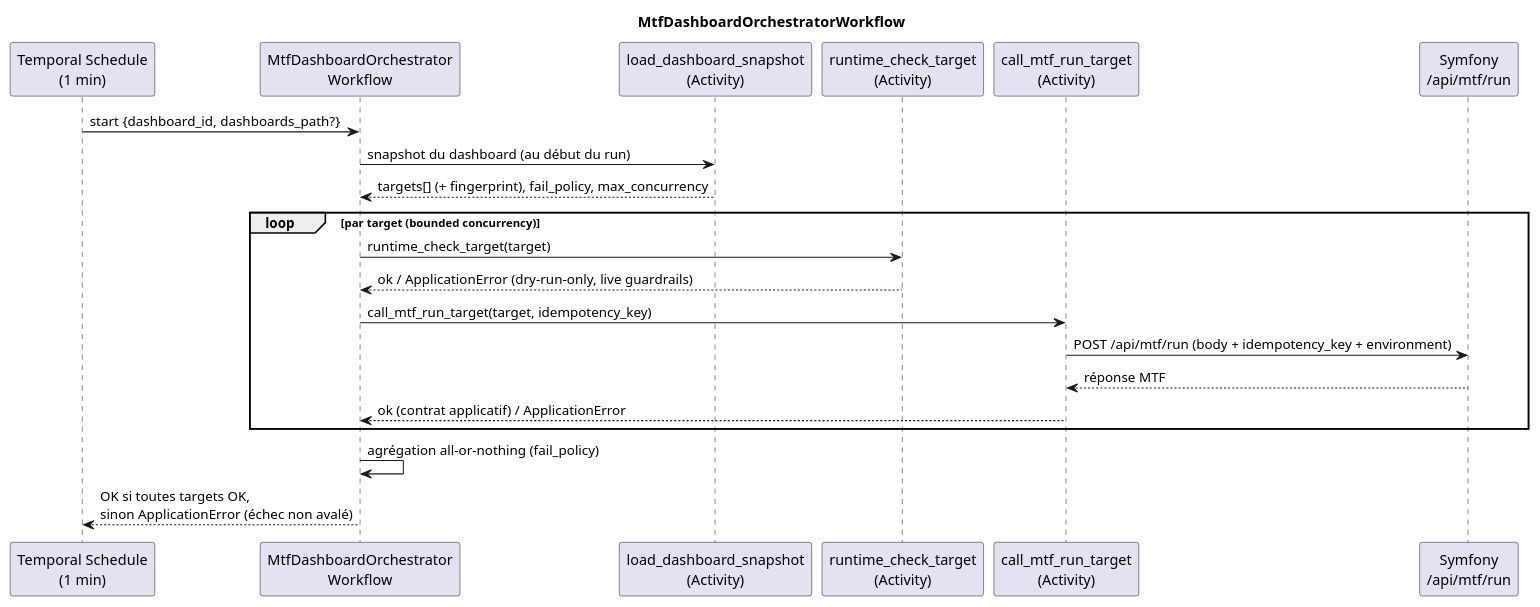
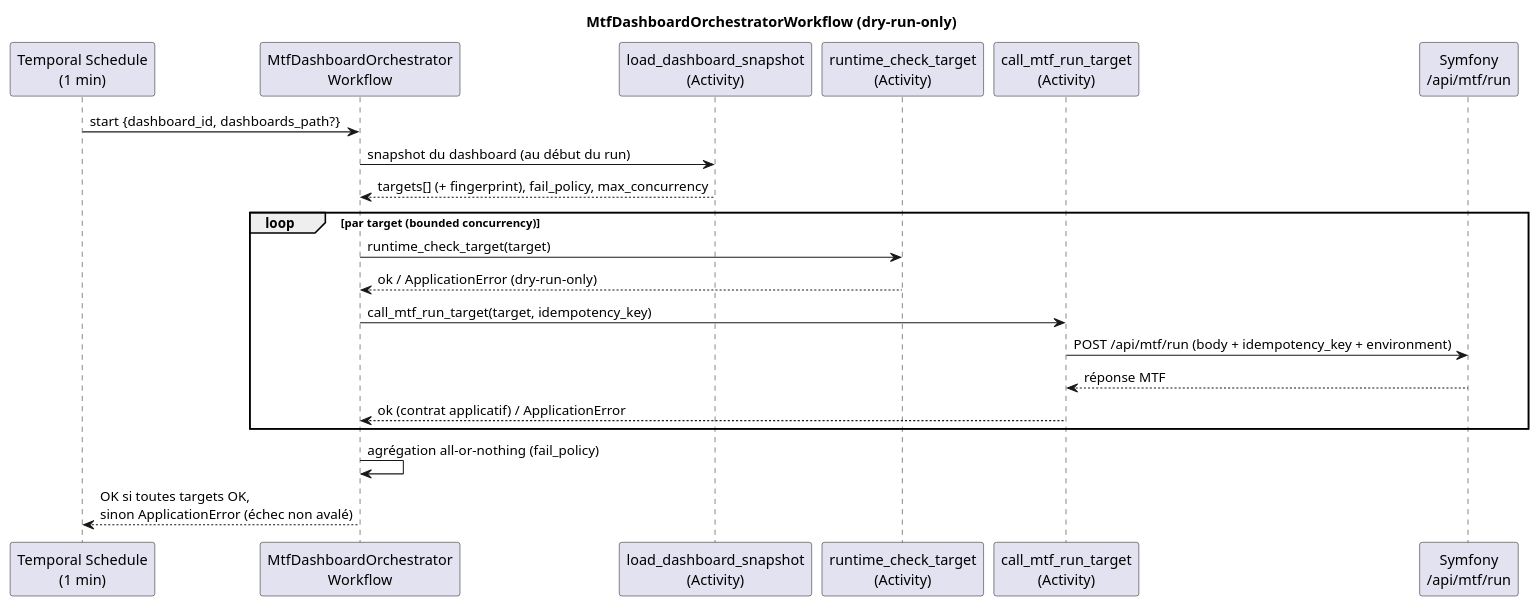
The diagram in docs/handbook/technical/temporal-dashboard-orchestrator.md (pivox/tradingV3), drawn with PlantUML before and after one commit. The commit also changed other lines of this file and 11 other files, not shown here.

First line of the commit message:
fix(temporal): dashboard dry-run-only + retry/contract/caps hardening (PR13 review 2)

````diff
--- a/docs/handbook/technical/temporal-dashboard-orchestrator.md
+++ b/docs/handbook/technical/temporal-dashboard-orchestrator.md
@@ -22,25 +27,25 @@
 ```plantuml
 @startuml
-title MtfDashboardOrchestratorWorkflow
+title MtfDashboardOrchestratorWorkflow (dry-run-only)
 participant "Temporal Schedule\n(1 min)" as Sched
 participant "MtfDashboardOrchestrator\nWorkflow" as WF
 participant "load_dashboard_snapshot\n(Activity)" as Load
 participant "runtime_check_target\n(Activity)" as RC
 participant "call_mtf_run_target\n(Activity)" as Call
 participant "Symfony\n/api/mtf/run" as Sym
 
 Sched -> WF : start {dashboard_id, dashboards_path?}
 WF -> Load : snapshot du dashboard (au début du run)
 Load --> WF : targets[] (+ fingerprint), fail_policy, max_concurrency
 loop par target (bounded concurrency)
     WF -> RC : runtime_check_target(target)
-    RC --> WF : ok / ApplicationError (dry-run-only, live guardrails)
+    RC --> WF : ok / ApplicationError (dry-run-only)
     WF -> Call : call_mtf_run_target(target, idempotency_key)
     Call -> Sym : POST /api/mtf/run (body + idempotency_key + environment)
     Sym --> Call : réponse MTF
     Call --> WF : ok (contrat applicatif) / ApplicationError
 end
 WF -> WF : agrégation all-or-nothing (fail_policy)
 WF --> Sched : OK si toutes targets OK,\nsinon ApplicationError (échec non avalé)
 @enduml
 ```
````
